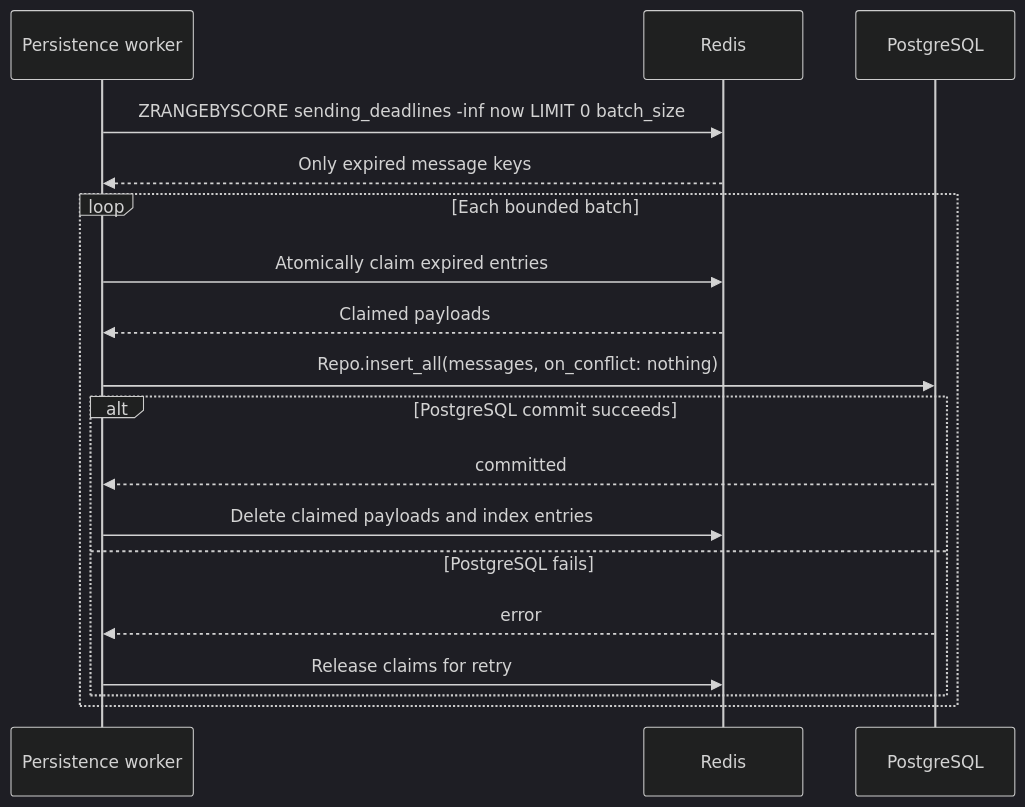
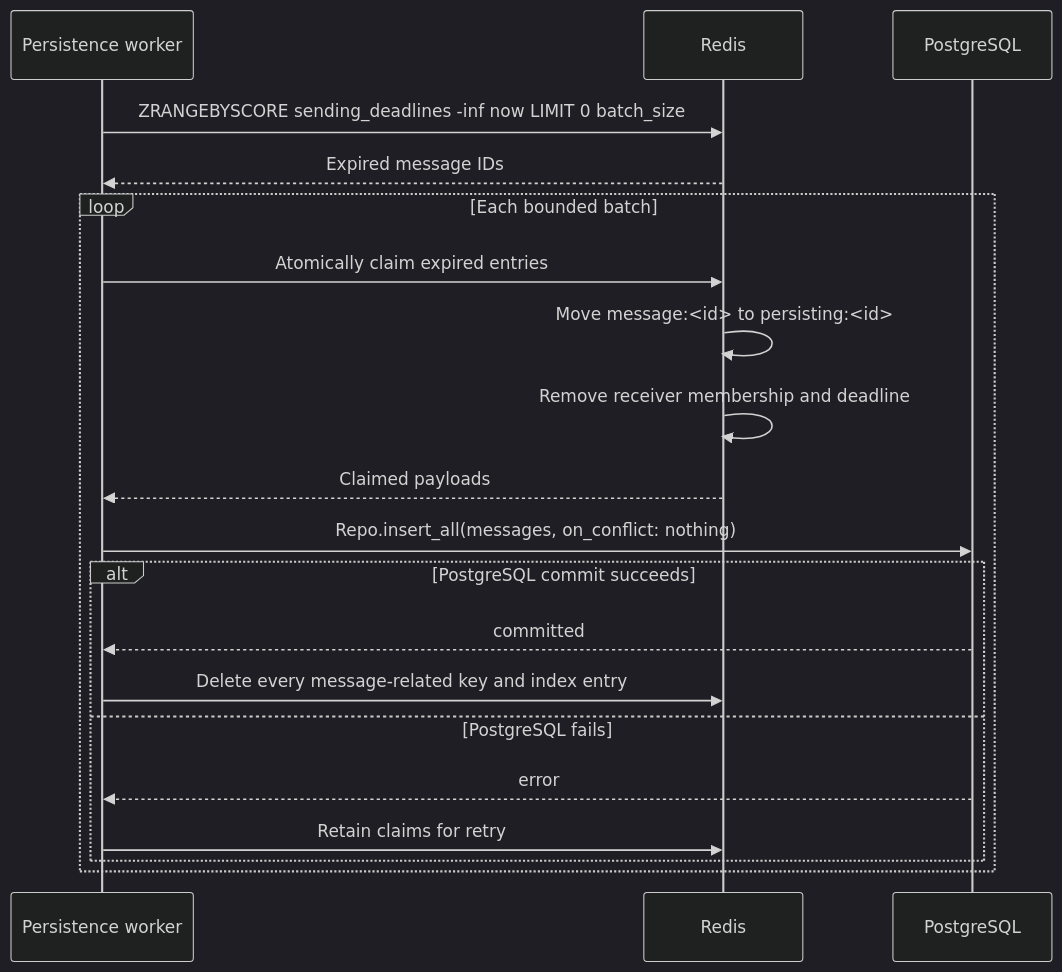
One commit to cmunaro/ChatChat changed the third of 3 diagrams in MESSAGE_DELIVERY.md. Above: the diagram before and after it, drawn with Mermaid (dark theme). The commit also changed other lines of this file and 15 other files, not shown here.

````diff
--- a/MESSAGE_DELIVERY.md
+++ b/MESSAGE_DELIVERY.md
@@ -81,23 +91,25 @@
 ```mermaid
 sequenceDiagram
     participant PW as Persistence worker
     participant Redis
     participant DB as PostgreSQL
 
     PW->>Redis: ZRANGEBYSCORE sending_deadlines -inf now LIMIT 0 batch_size
-    Redis-->>PW: Only expired message keys
+    Redis-->>PW: Expired message IDs
 
     loop Each bounded batch
         PW->>Redis: Atomically claim expired entries
+        Redis->>Redis: Move message:<id> to persisting:<id>
+        Redis->>Redis: Remove receiver membership and deadline
         Redis-->>PW: Claimed payloads
         PW->>DB: Repo.insert_all(messages, on_conflict: nothing)
 
         alt PostgreSQL commit succeeds
             DB-->>PW: committed
-            PW->>Redis: Delete claimed payloads and index entries
+            PW->>Redis: Delete every message-related key and index entry
         else PostgreSQL fails
             DB-->>PW: error
-            PW->>Redis: Release claims for retry
+            PW->>Redis: Retain claims for retry
         end
     end
 ```
````
